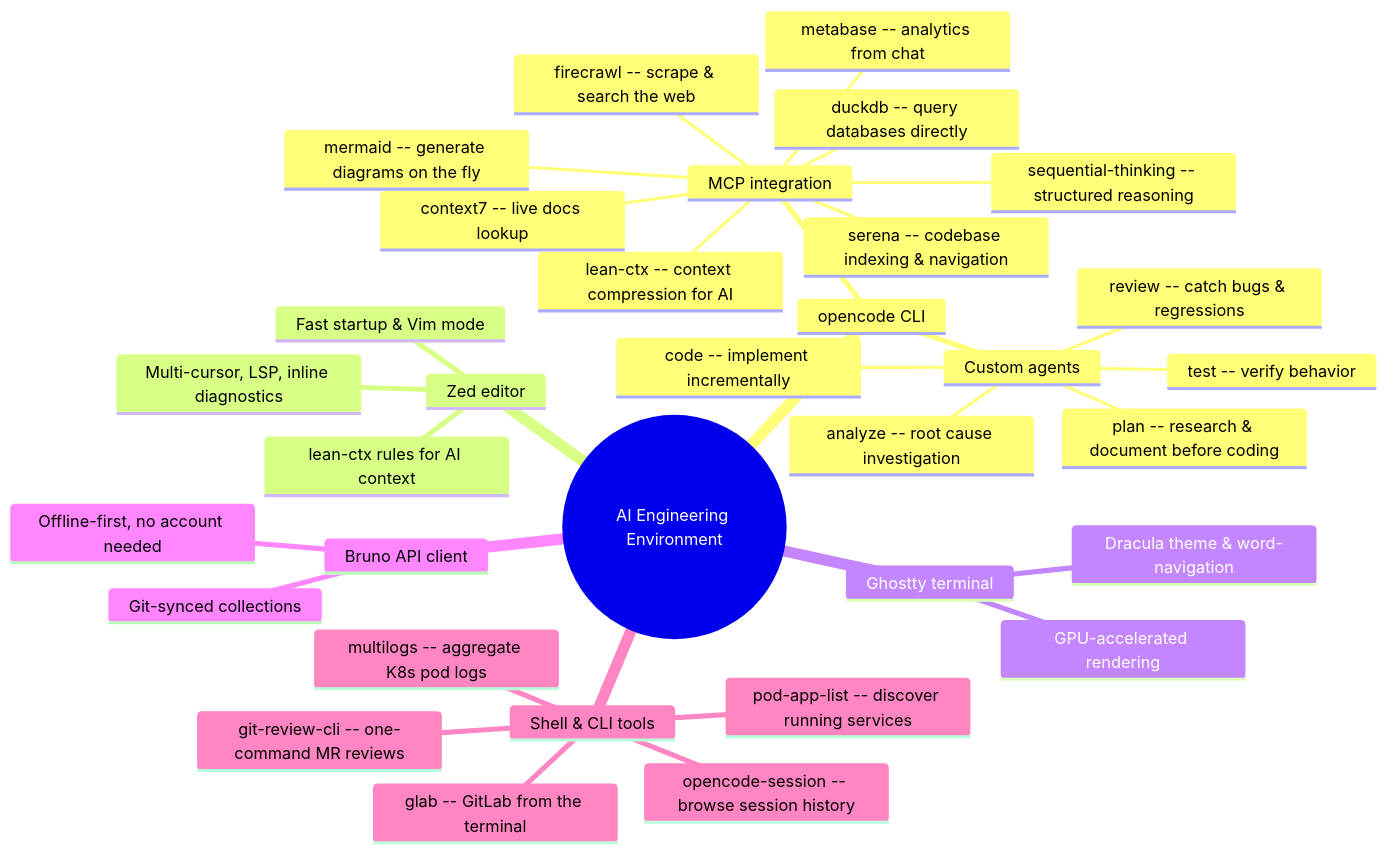
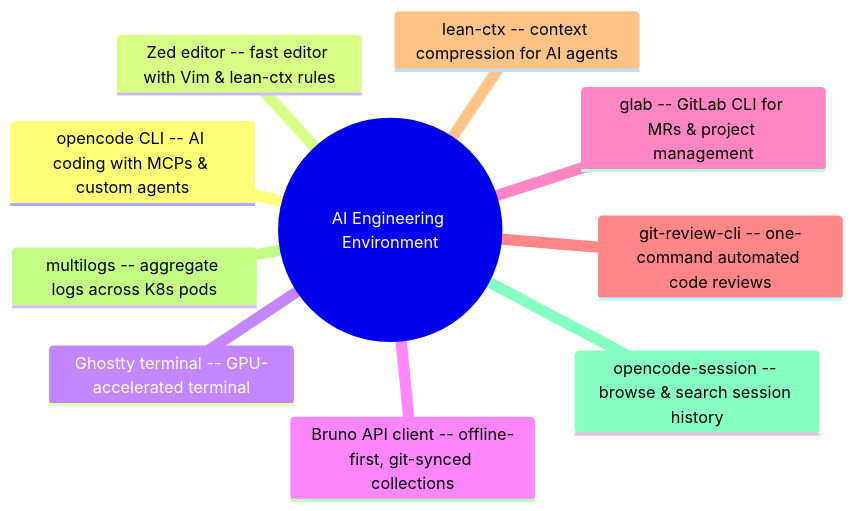
One commit to vianhanif/opencode-environment-bootstrap changed the diagram in README.md. Above: the diagram before and after it, drawn with Mermaid.

Commit message:
docs: flatten mindmap to high-level only

````diff
--- a/README.md
+++ b/README.md
@@ -7,36 +7,13 @@
 ```mermaid
 mindmap
   root((AI Engineering Environment))
-    opencode CLI
-      MCP integration
-        context7 -- live docs lookup
-        duckdb -- query databases directly
-        firecrawl -- scrape & search the web
-        mermaid -- generate diagrams on the fly
-        metabase -- analytics from chat
-        sequential-thinking -- structured reasoning
-        serena -- codebase indexing & navigation
-        lean-ctx -- context compression for AI
-      Custom agents
-        plan -- research & document before coding
-        code -- implement incrementally
-        review -- catch bugs & regressions
-        test -- verify behavior
-        analyze -- root cause investigation
-    Zed editor
-      Fast startup & Vim mode
-      lean-ctx rules for AI context
-      Multi-cursor, LSP, inline diagnostics
-    Ghostty terminal
-      GPU-accelerated rendering
-      Dracula theme & word-navigation
-    Bruno API client
-      Offline-first, no account needed
-      Git-synced collections
-    Shell & CLI tools
-      glab -- GitLab from the terminal
-      git-review-cli -- one-command MR reviews
-      opencode-session -- browse session history
-      multilogs -- aggregate K8s pod logs
-      pod-app-list -- discover running services
+    opencode CLI -- AI coding with MCPs & custom agents
+    Zed editor -- fast editor with Vim & lean-ctx rules
+    Ghostty terminal -- GPU-accelerated terminal
+    Bruno API client -- offline-first, git-synced collections
+    glab -- GitLab CLI for MRs & project management
+    git-review-cli -- one-command automated code reviews
+    lean-ctx -- context compression for AI agents
+    multilogs -- aggregate logs across K8s pods
+    opencode-session -- browse & search session history
 ```
````
